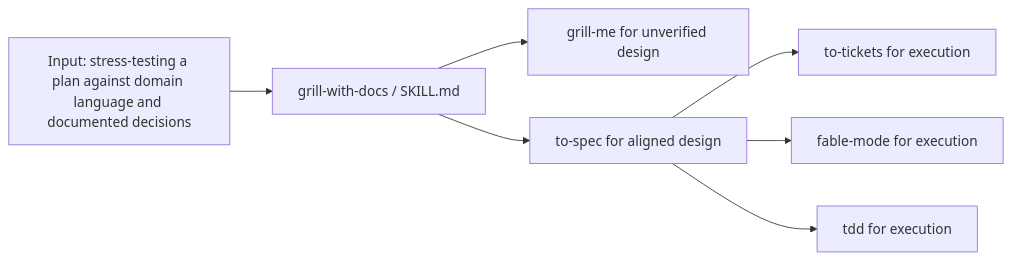
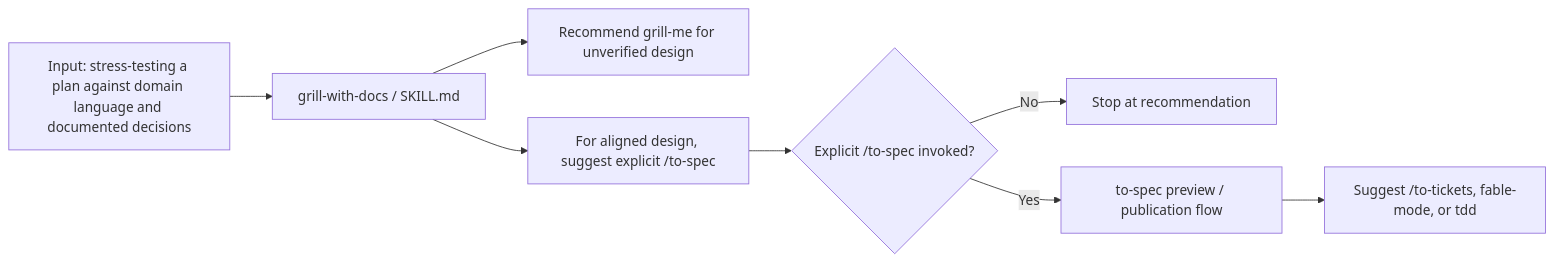
One commit to dyphn1/Harness-everything changed the second of 3 diagrams in docs/workflows/grill-with-docs.md. Above: the diagram before and after it, drawn with Mermaid. The commit also changed other lines of this file, not shown here.

Commit message:
docs(grill): gate aligned handoff on explicit invocation

````diff
--- a/docs/workflows/grill-with-docs.md
+++ b/docs/workflows/grill-with-docs.md
@@ -24,9 +28,10 @@
 ```mermaid
 graph LR
   DomainStress["Input: stress-testing a plan against domain language and documented decisions"] --> GWD["grill-with-docs / SKILL.md"]
-  GWD --> GrillMe["grill-me for unverified design"]
-  GWD --> ToSpec["to-spec for aligned design"]
-  ToSpec --> ToTickets["to-tickets for execution"]
-  ToSpec --> FableMode["fable-mode for execution"]
-  ToSpec --> TDD["tdd for execution"]
+  GWD --> GrillMe["Recommend grill-me for unverified design"]
+  GWD --> SuggestSpec["For aligned design, suggest explicit /to-spec"]
+  SuggestSpec --> InvokeGate{"Explicit /to-spec invoked?"}
+  InvokeGate -->|No| Wait["Stop at recommendation"]
+  InvokeGate -->|Yes| ToSpec["to-spec preview / publication flow"]
+  ToSpec --> SuggestRoutes["Suggest /to-tickets, fable-mode, or tdd"]
 ```
````
